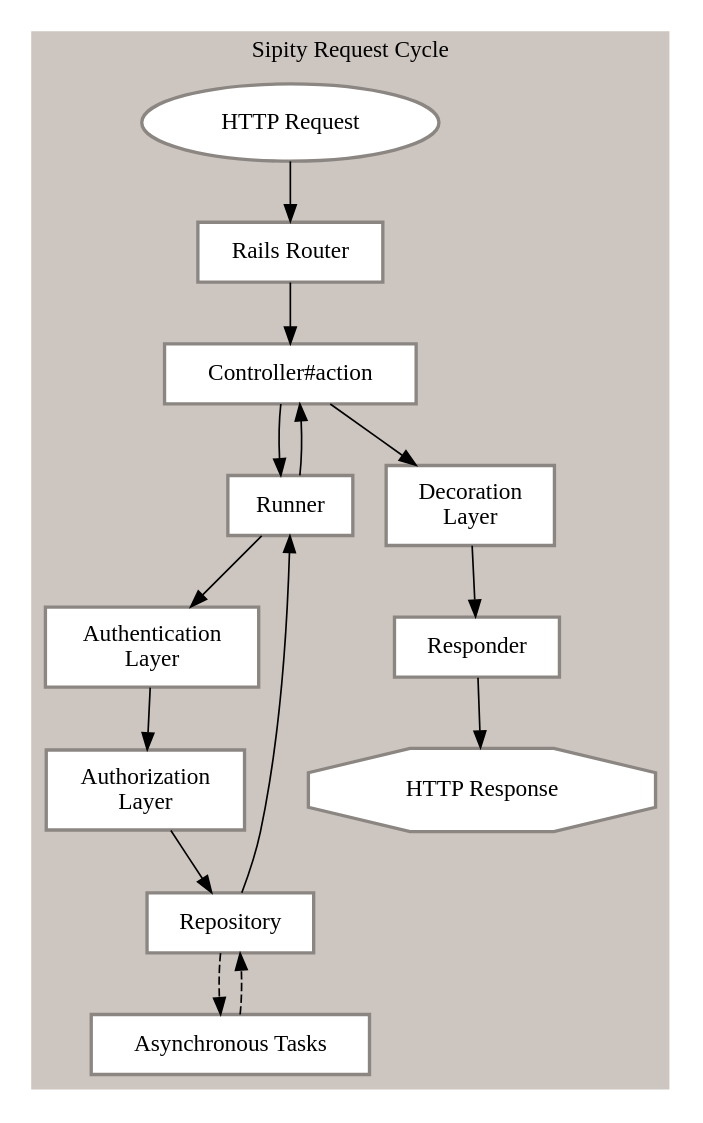
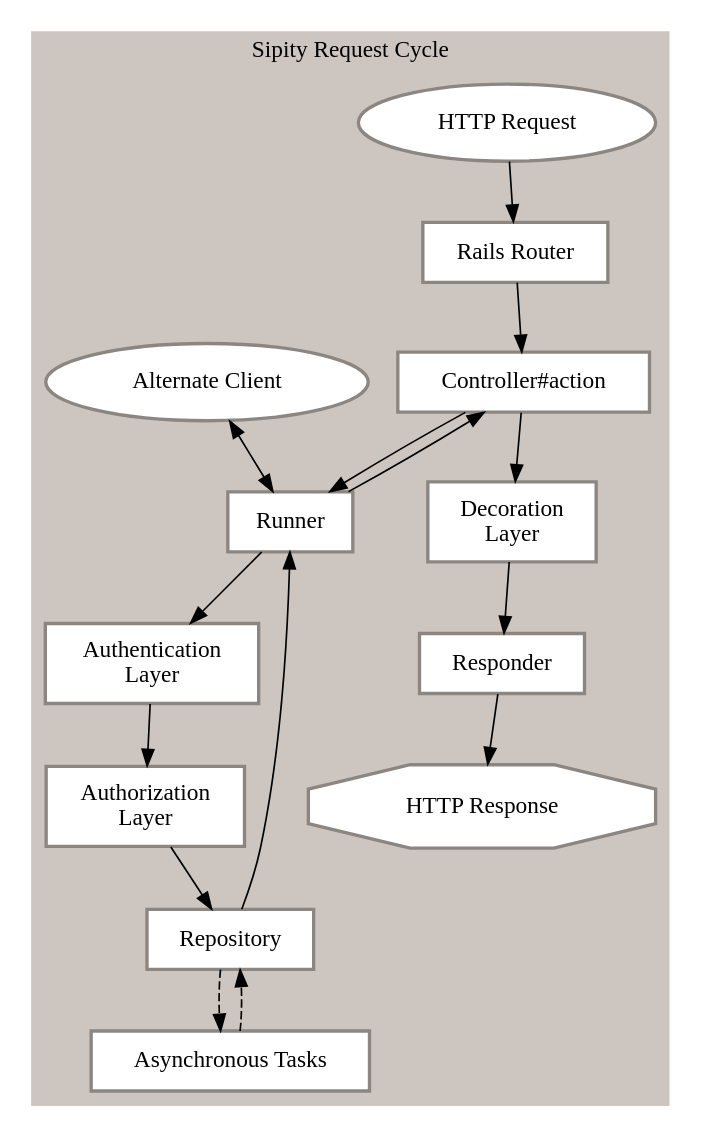
One commit to scholarworks/sipity changed the diagram in artifacts/sipity-request-cycle.dot. Above: the diagram before and after it, drawn with Graphviz. The commit also changed 1 other file, not shown here.

Commit message:
Documenting command line consideration

```diff
--- a/artifacts/sipity-request-cycle.dot
+++ b/artifacts/sipity-request-cycle.dot
@@ -1,37 +1,39 @@
 digraph "G" {
     compound=true;
     node[color="grey15" shape=record penwidth=2 margin="0.15, 0.125"];
 
     subgraph cluster_0 {
         label="Sipity Request Cycle"
         color="seashell3"
         style="filled"
         node[style=filled fillcolor=white color="seashell4"]
         request[shape=oval label="HTTP Request"]
         router[label="Rails Router"]
         controller[label="Controller#action"]
         runner[label="Runner"]
         authentication[label="Authentication\nLayer"]
         authorization[label="Authorization\nLayer"]
         repository[label="Repository"]
         decorator[label="Decoration\nLayer"]
         responder[label="Responder"]
         response[shape=octagon label="HTTP Response"]
+        command_line[shape=oval label="Alternate Client"]
         job[label="Asynchronous Tasks"]
 
         request -> router
         router -> controller
         controller -> runner
+        command_line -> runner[dir=both]
         runner -> authentication
         authentication -> authorization
         authorization -> repository
         repository -> runner
         repository -> job [style="dashed"]
         job -> repository [style="dashed"]
         runner -> controller
         controller -> decorator
         decorator -> responder
         responder -> response
     }
 
 }
```
